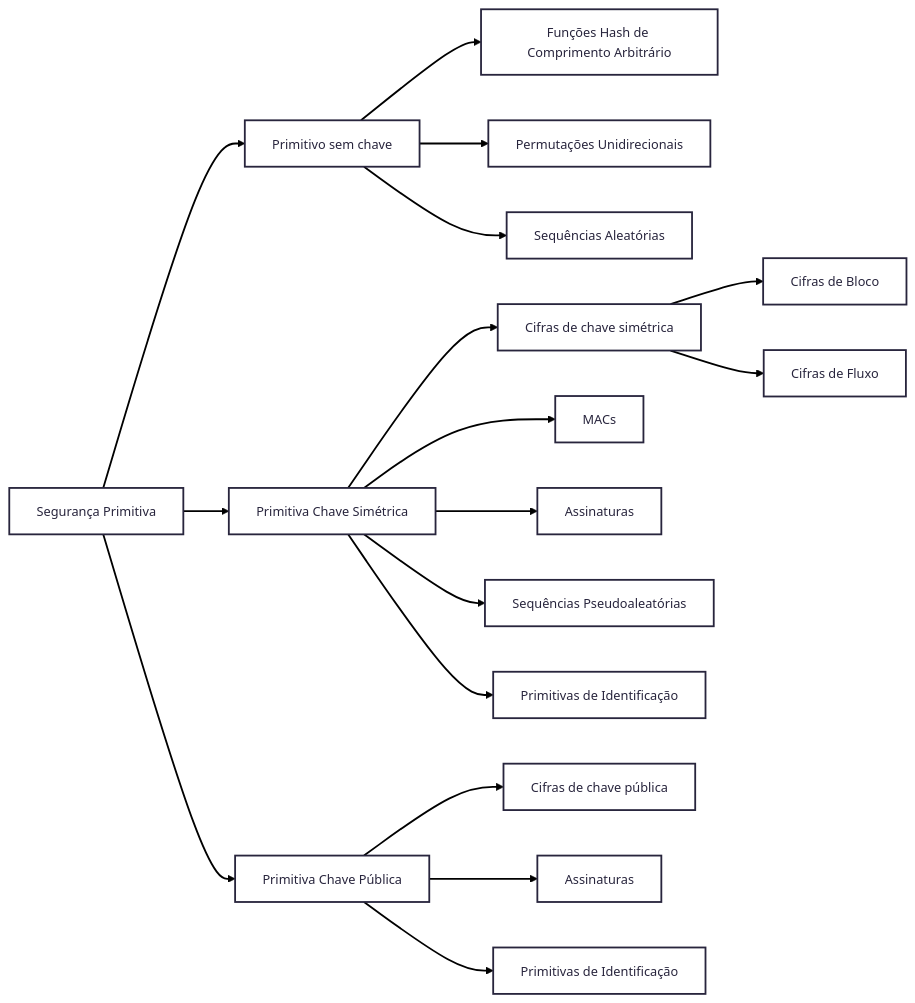
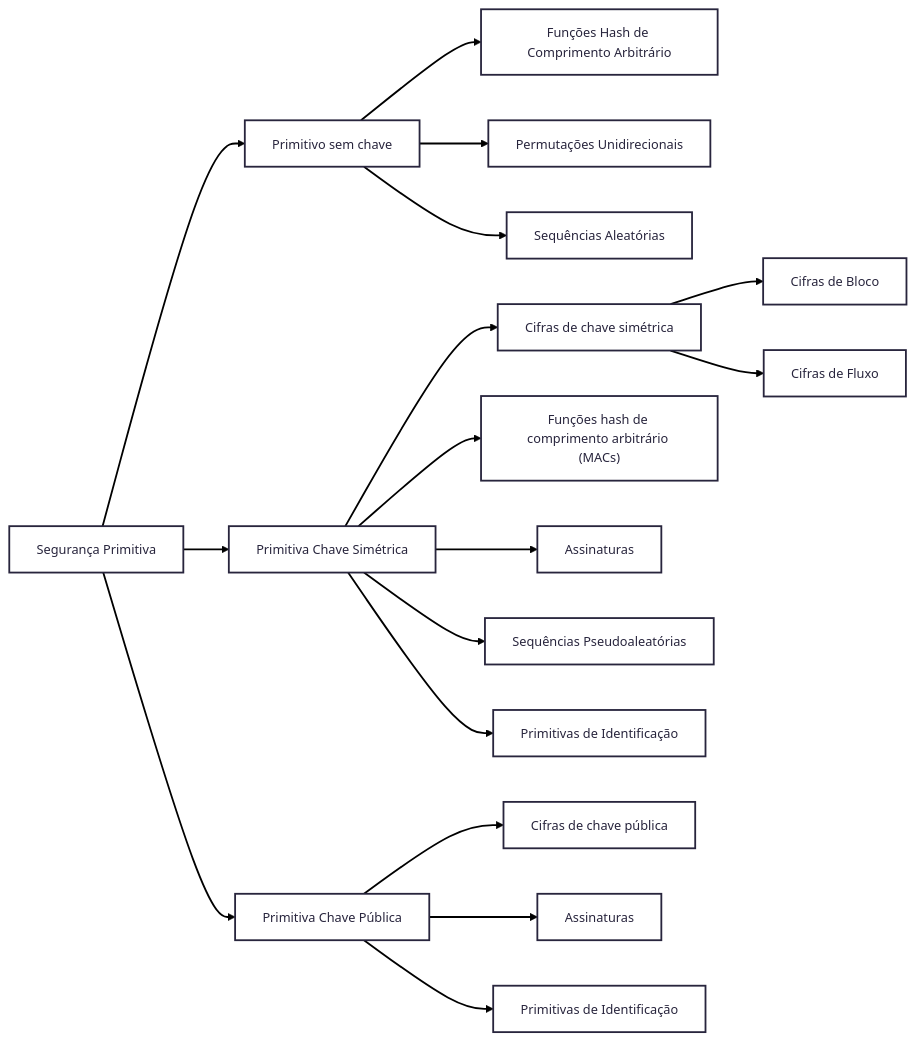
Before and after one commit to Matheus-David/gsr-rel: the diagram in docs/criptografia.md, drawn with Mermaid.

Commit message:
Criação de diagrama 1

````diff
--- a/docs/criptografia.md
+++ b/docs/criptografia.md
@@ -3,28 +3,28 @@
 ```mermaid
 ---
 config:
   theme: redux
 ---
 flowchart LR
     A["Segurança Primitiva"] --> B["Primitivo sem chave"]
     A --> n1["Primitiva Chave Simétrica"]
     A --> n2["Primitiva Chave Pública"]
 
     B --> C["Funções Hash de Comprimento Arbitrário"]
     B --> D["Permutações Unidirecionais"]
     B --> n3["Sequências Aleatórias"]
 
     n1 --> n4["Cifras de chave simétrica"]
-    n1 --> n5["MACs"]
+    n1 --> n5["Funções hash de comprimento arbitrário (MACs)"]
     n1 --> n6["Assinaturas"]
     n1 --> n10["Sequências Pseudoaleatórias"]
     n1 --> n11["Primitivas de Identificação"]
 
     n2 --> n7["Cifras de chave pública"]
     n2 --> n8["Assinaturas"]
     n2 --> n9["Primitivas de Identificação"]
 
     n4 --> n12["Cifras de Bloco"]
     n4 --> n13["Cifras de Fluxo"]
 
 ```
````
